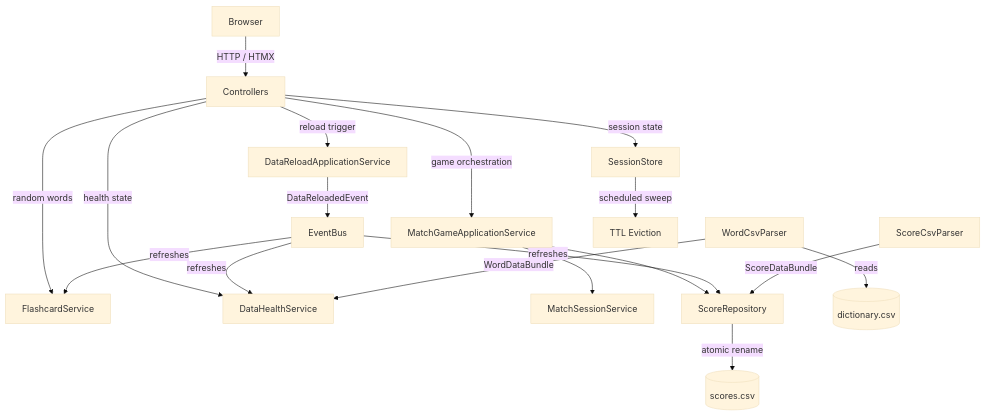
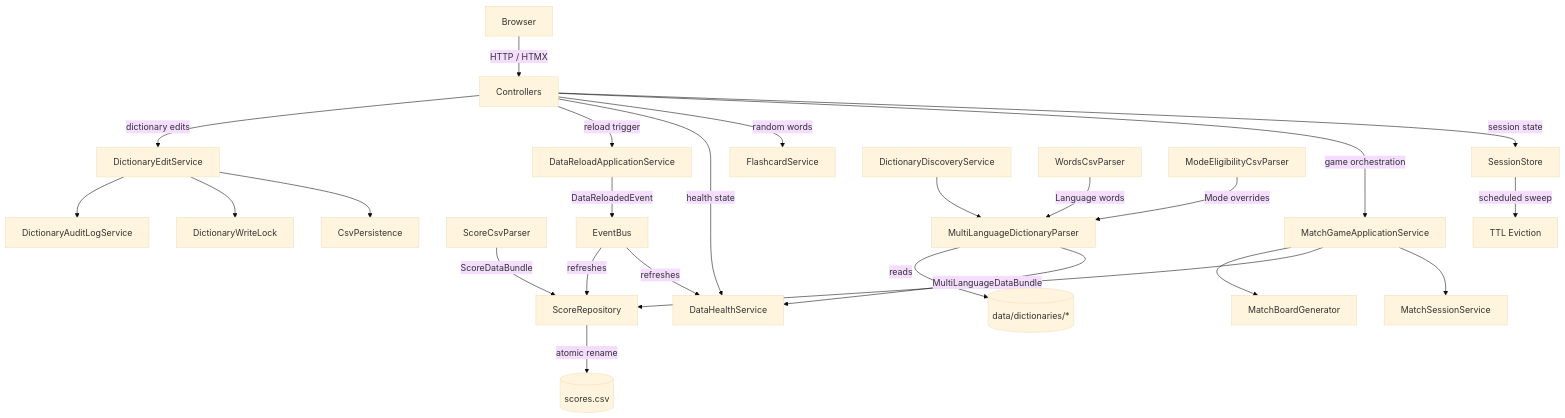
Before and after one commit to yodaWife/easy-language-learning: the first of 2 diagrams in docs/developer-guide.md, drawn with Mermaid (base theme). The commit also changed other lines of this file and 64 other files, not shown here.

````diff
--- a/docs/developer-guide.md
+++ b/docs/developer-guide.md
@@ -25,27 +25,35 @@
 ```mermaid
 graph TD
     Browser -->|HTTP / HTMX| Controllers
 
     Controllers -->|session state| SessionStore
     Controllers -->|game orchestration| MatchGameApplicationService
     Controllers -->|random words| FlashcardService
     Controllers -->|health state| DataHealthService
     Controllers -->|reload trigger| DataReloadApplicationService
+    Controllers -->|dictionary edits| DictionaryEditService
 
     MatchGameApplicationService --> MatchSessionService
     MatchGameApplicationService --> ScoreRepository
+    MatchGameApplicationService --> MatchBoardGenerator
 
     DataReloadApplicationService -->|DataReloadedEvent| EventBus
 
     EventBus -->|refreshes| DataHealthService
-    EventBus -->|refreshes| FlashcardService
     EventBus -->|refreshes| ScoreRepository
 
-    WordCsvParser -->|WordDataBundle| DataHealthService
+    MultiLanguageDictionaryParser -->|MultiLanguageDataBundle| DataHealthService
+    DictionaryDiscoveryService --> MultiLanguageDictionaryParser
+    WordsCsvParser -->|Language words| MultiLanguageDictionaryParser
+    ModeEligibilityCsvParser -->|Mode overrides| MultiLanguageDictionaryParser
     ScoreCsvParser -->|ScoreDataBundle| ScoreRepository
 
+    DictionaryEditService --> CsvPersistence
+    DictionaryEditService --> DictionaryWriteLock
+    DictionaryEditService --> DictionaryAuditLogService
+
     ScoreRepository -->|atomic rename| ScoreCSV[(scores.csv)]
-    WordCsvParser -->|reads| WordCSV[(dictionary.csv)]
+    MultiLanguageDictionaryParser -->|reads| DictFiles[(data/dictionaries/*)]
 
     SessionStore -->|scheduled sweep| TTLEviction[TTL Eviction]
 ```
````
